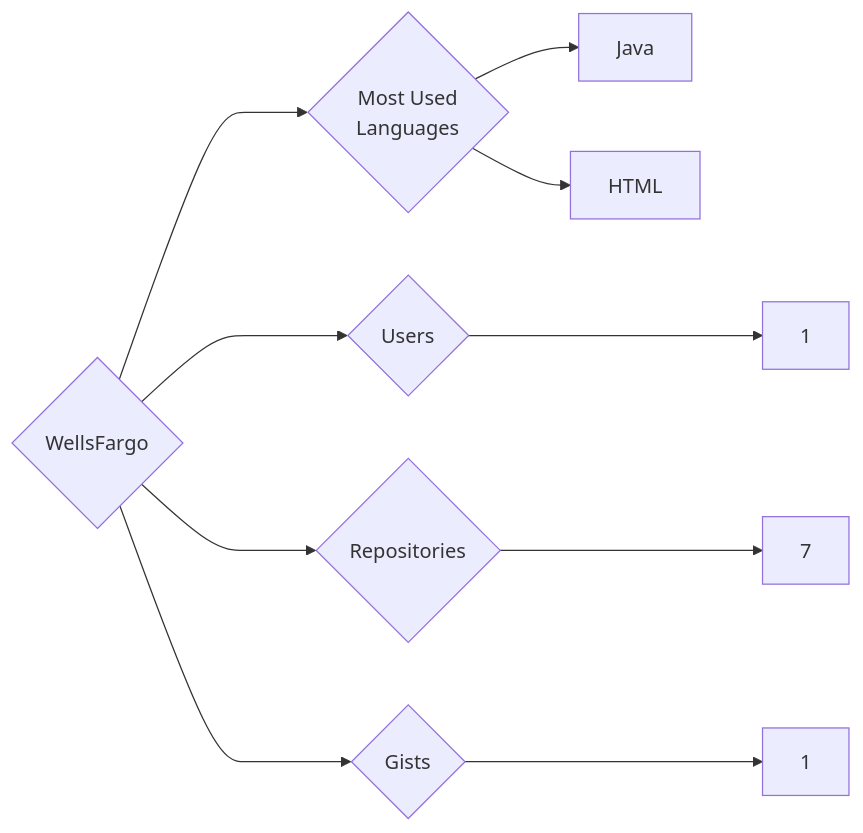
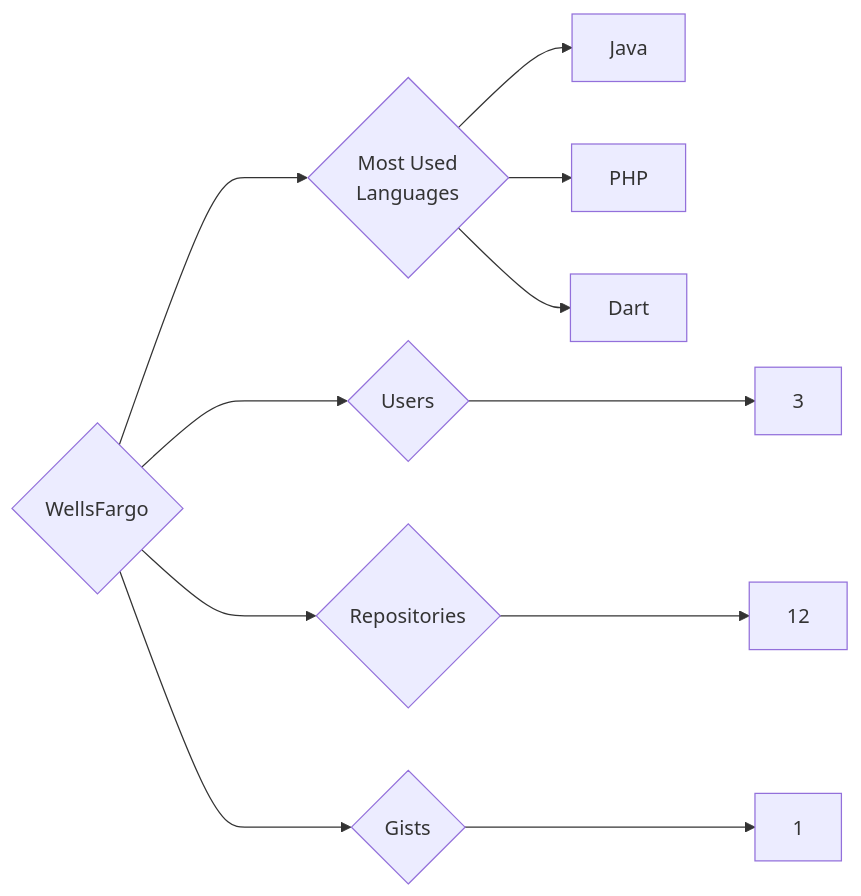
One commit to trickest/insiders changed the diagram in targets/WellsFargo/README.md. Above: the diagram before and after it, drawn with Mermaid. The commit also changed 972 other files, not shown here.

````diff
--- a/targets/WellsFargo/README.md
+++ b/targets/WellsFargo/README.md
@@ -3,10 +3,11 @@
 ```mermaid
 graph LR
 COMPANY_NAME{WellsFargo}
-COMPANY_NAME ---> U{Users} ---> UN[1]
-COMPANY_NAME ---> R{Repositories} ---> RN[7]
+COMPANY_NAME ---> U{Users} ---> UN[3]
+COMPANY_NAME ---> R{Repositories} ---> RN[12]
 COMPANY_NAME ---> G{Gists} ---> GN[1]
 COMPANY_NAME ---> ML{Most Used<br>Languages}
 ML --> Java[Java]
-ML --> HTML[HTML]
+ML --> PHP[PHP]
+ML --> Dart[Dart]
 ```
````
